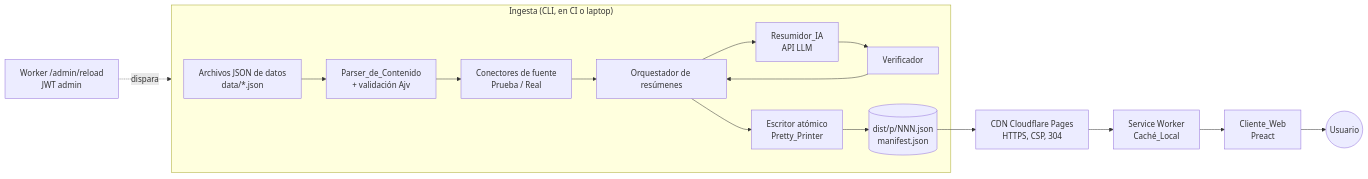
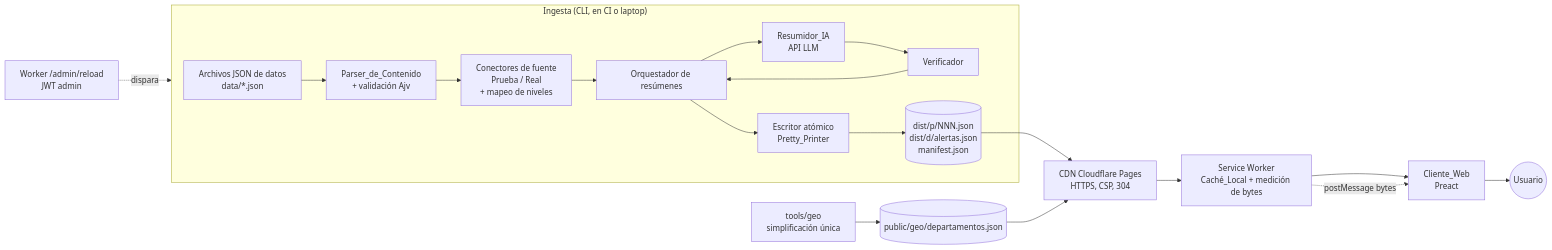
One commit to Fabri3F/Teletexto-2.0 changed the first of 4 diagrams in .kiro/specs/teletexto-2-0/design.md. Above: the diagram before and after it, drawn with Mermaid. The commit also changed other lines of this file and 33 other files, not shown here.

````diff
--- a/.kiro/specs/teletexto-2-0/design.md
+++ b/.kiro/specs/teletexto-2-0/design.md
@@ -32,18 +45,21 @@
 ```mermaid
 flowchart LR
   subgraph Build["Ingesta (CLI, en CI o laptop)"]
     F[Archivos JSON de datos<br/>data/*.json] --> P[Parser_de_Contenido<br/>+ validación Ajv]
-    P --> C[Conectores de fuente<br/>Prueba / Real]
+    P --> C[Conectores de fuente<br/>Prueba / Real<br/>+ mapeo de niveles]
     C --> S[Orquestador de resúmenes]
     S --> R[Resumidor_IA<br/>API LLM]
     R --> V[Verificador]
     V --> S
     S --> W[Escritor atómico<br/>Pretty_Printer]
-    W --> D[(dist/p/NNN.json<br/>manifest.json)]
+    W --> D[(dist/p/NNN.json<br/>dist/d/alertas.json<br/>manifest.json)]
   end
+  G[tools/geo<br/>simplificación única] --> GEO[(public/geo/departamentos.json)]
   D --> CDN[CDN Cloudflare Pages<br/>HTTPS, CSP, 304]
-  CDN --> SW[Service Worker<br/>Caché_Local]
+  GEO --> CDN
+  CDN --> SW[Service Worker<br/>Caché_Local + medición de bytes]
   SW --> UI[Cliente_Web<br/>Preact]
+  SW -. postMessage bytes .-> UI
   UI --> U((Usuario))
   Admin[Worker /admin/reload<br/>JWT admin] -. dispara .-> Build
 ```
````
